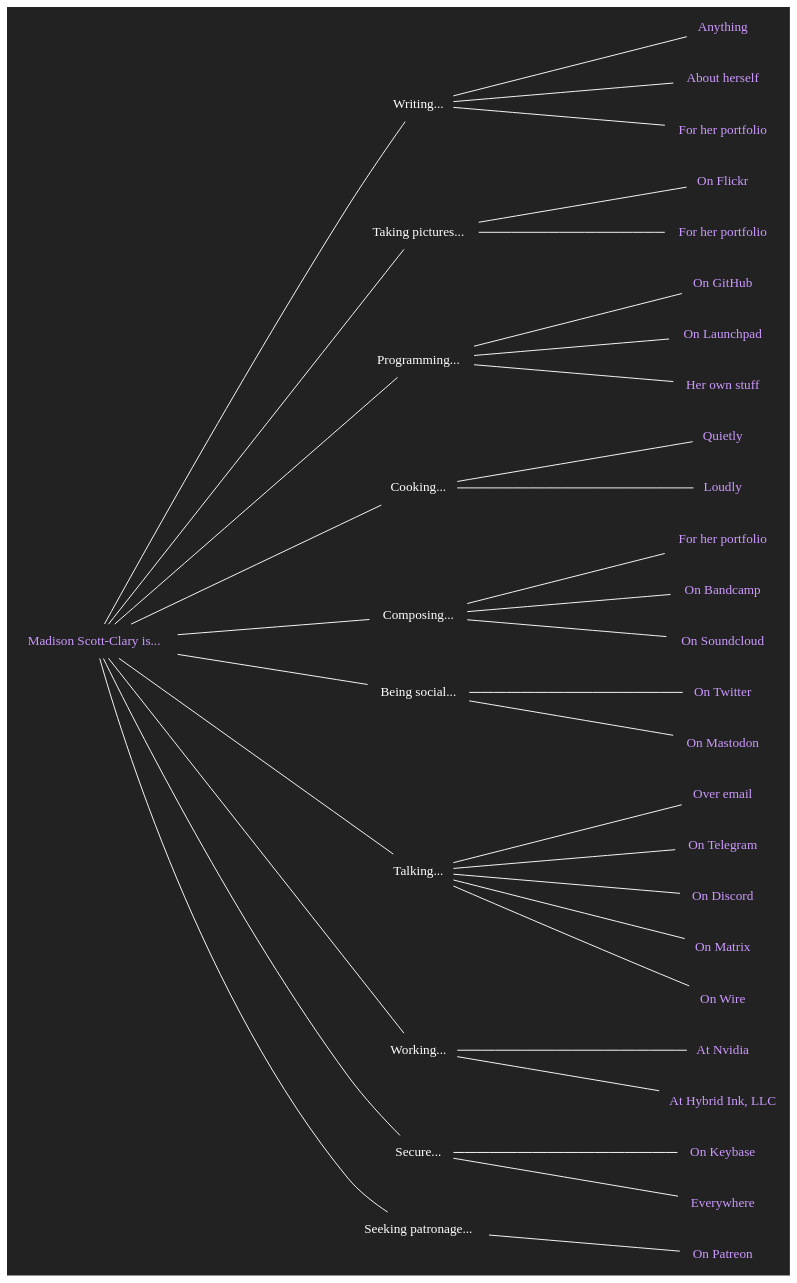
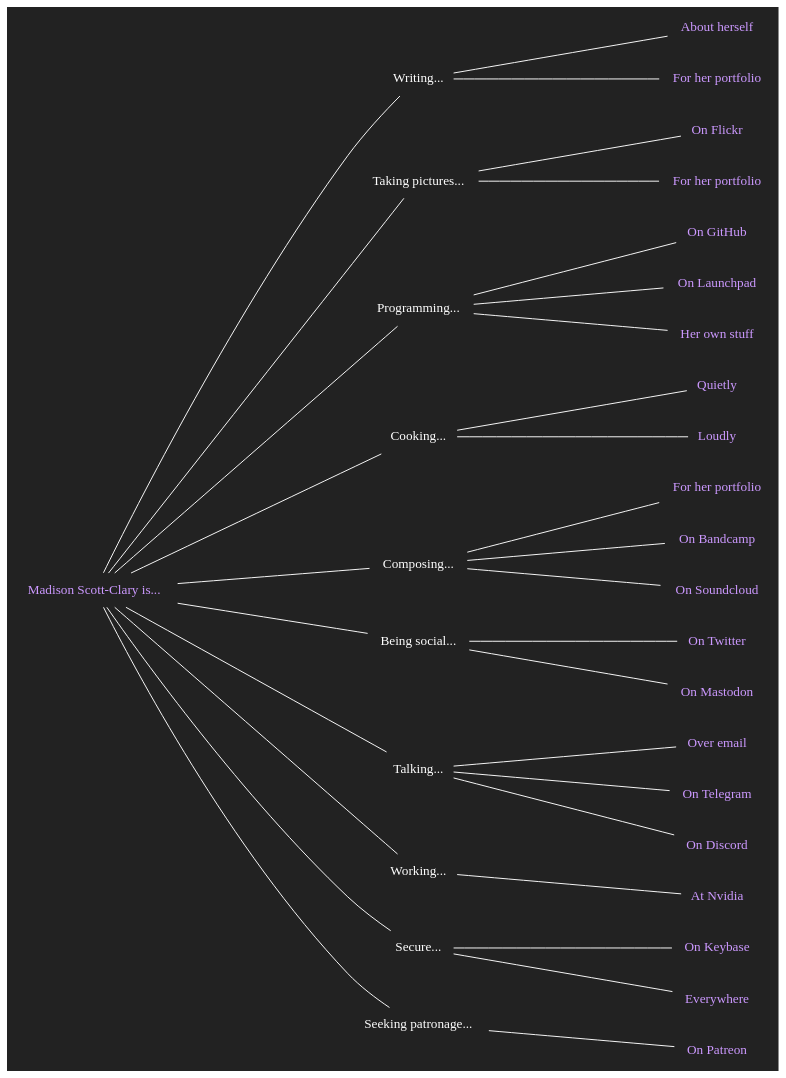
The diagram in is.dot (makyo/makyo.is), drawn with Graphviz before and after one commit. The commit also changed 4 other files, not shown here.

```diff
--- a/is.dot
+++ b/is.dot
@@ -1,62 +1,62 @@
 graph is {
     node[shape="none",fontcolor="#ffffff",color="#ffffff",fontname="Helvetica bold"]
     edge[color="#ffffff"]
     graph[bgcolor="#222222",label="",margin="0",rankdir="LR",ranksep=2.5]
 
     copula [label="Madison Scott-Clary is...",fontcolor="#cc99ff",href="https://drab-makyo.com?pk_campaign=source&pk_kwd=makyo.is"]
 
     writing [label="Writing..."]
-    writing_anything [label="Anything",fontcolor="#cc99ff",href="https://writing.drab-makyo.com?pk_campaign=source&pk_kwd=makyo.is"]
+    /* writing_anything [label="Anything",fontcolor="#cc99ff",href="https://writing.drab-makyo.com?pk_campaign=source&pk_kwd=makyo.is"] */
     writing_ally [label="About herself",fontcolor="#cc99ff",href="https://ally.id?pk_campaign=source&pk_kwd=makyo.is"]
     writing_portfolio [label="For her portfolio",fontcolor="#cc99ff",href="https://makyo.ink?pk_campaign=source&pk_kwd=makyo.is"]
-    copula -- writing -- { writing_anything, writing_ally, writing_portfolio }
+    copula -- writing -- { /* writing_anything, */ writing_ally, writing_portfolio }
 
     photography [label="Taking pictures..."]
     photography_flickr [label="On Flickr",fontcolor="#cc99ff",href="https://flickr.com/photos/ranna"]
     photography_portfolio [label="For her portfolio",fontcolor="#cc99ff",href="https://makyo.photography"]
     copula -- photography -- { photography_flickr, photography_portfolio }
 
     programming [label="Programming..."]
     programming_github [label="On GitHub",fontcolor="#cc99ff",href="https://github.com/makyo"]
     programming_launchpad [label="On Launchpad",fontcolor="#cc99ff",href="https://launchpad.net/~makyo"]
     programming_personal [label="Her own stuff",fontcolor="#cc99ff",href="https://makyo.dev"]
     copula -- programming -- { programming_github, programming_launchpad, programming_personal }
 
     cooking [label="Cooking..."]
     cooking_quietly [label="Quietly",fontcolor="#cc99ff",href="https://makyo.cooking?pk_campaign=source&pk_kwd=makyo.is"]
     cooking_loudly [label="Loudly",fontcolor="#cc99ff",href="https://mealtime.with.maddypa.ws?pk_campaign=source&pk_kwd=makyo.is"]
     copula -- cooking -- { cooking_quietly, cooking_loudly }
 
     composing [label="Composing..."]
     composing_portfolio [label="For her portfolio",fontcolor="#cc99ff",href="https://sounds.drab-makyo.com?pk_campaign=source&pk_kwd=makyo.is"]
     composing_bandcamp [label="On Bandcamp",fontcolor="#cc99ff",href="https://drab-makyo.bandcamp.com"]
     composing_soundcloud [label="On Soundcloud",fontcolor="#cc99ff",href="https://soundcloud.com/drabmakyo"]
     copula -- composing -- { composing_portfolio, composing_bandcamp, composing_soundcloud }
 
     social [label="Being social..."]
     social_twitter [label="On Twitter",fontcolor="#cc99ff",href="https://twitter.com/makyo_writes"]
     social_mastodon [label="On Mastodon",fontcolor="#cc99ff",href="https://maddypa.ws/@makyo"]
     copula -- social -- { social_twitter, social_mastodon }
 
     talking [label="Talking..."]
     talking_email [label="Over email",fontcolor="#cc99ff",href="mailto:makyo@drab-makyo.com"]
     talking_telegram [label="On Telegram",fontcolor="#cc99ff",href="https://t.me/DrabMakyo"]
     talking_discord [label="On Discord",fontcolor="#cc99ff",href="/discord",title="Makyo#7093"]
-    talking_matrix [label="On Matrix",fontcolor="#cc99ff",href="https://matrix.to/#/@makyo:drab-makyo.com"]
-    talking_wire [label="On Wire",fontcolor="#cc99ff",href="/wire",title="@makyo"]
-    copula -- talking -- { talking_email, talking_telegram, talking_discord, talking_matrix, talking_wire }
+    /*talking_matrix [label="On Matrix",fontcolor="#cc99ff",href="https://matrix.to/#/@makyo:drab-makyo.com"]
+    talking_wire [label="On Wire",fontcolor="#cc99ff",href="/wire",title="@makyo"]*/
+    copula -- talking -- { talking_email, talking_telegram, talking_discord /*, talking_matrix, talking_wire*/ }
 
     working [label="Working..."]
     working_nvidia [label="At Nvidia",fontcolor="#cc99ff",href="https://nvidia.com"]
-    working_hybrid [label="At Hybrid Ink, LLC",fontcolor="#cc99ff",href="https://hybrid.ink?pk_campaign=source&pk_kwd=makyo.is"]
-    copula -- working -- { working_hybrid, working_nvidia }
+    /* working_hybrid [label="At Hybrid Ink, LLC",fontcolor="#cc99ff",href="https://hybrid.ink?pk_campaign=source&pk_kwd=makyo.is"] */
+    copula -- working -- { /*working_hybrid, */ working_nvidia }
 
     secure [label="Secure..."]
     secure_keybase [label="On Keybase",fontcolor="#cc99ff",href="https://keybase.io/makyo"]
     secure_everywhere [label="Everywhere",fontcolor="#cc99ff",href="https://drab-makyo.com/pgp"]
     copula -- secure -- { secure_everywhere, secure_keybase }
 
     patron [label="Seeking patronage..."]
     patron_patreon [label="On Patreon",fontcolor="#cc99ff",href="https://patreon.com/makyo"]
     copula -- patron -- { patron_patreon }
 }
```
